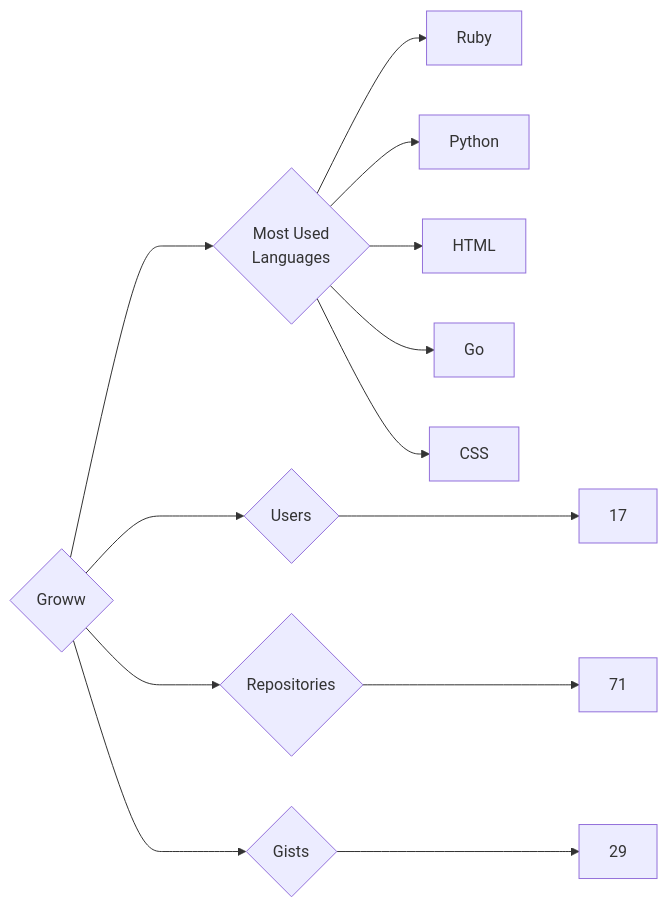
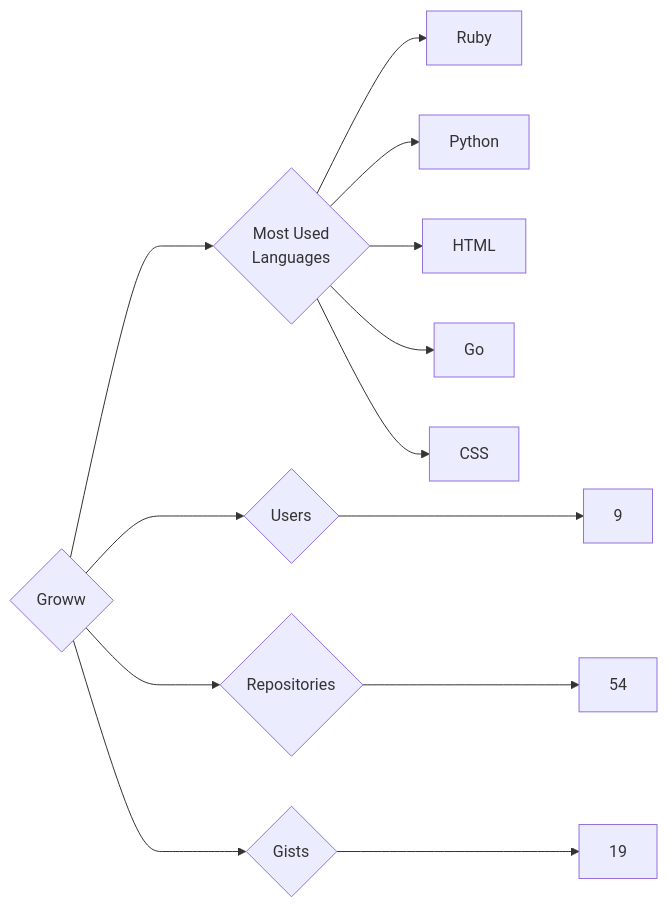
The diagram in targets/Groww/README.md (trickest/insiders), drawn with Mermaid before and after one commit. The commit also changed 998 other files, not shown here.

````diff
--- a/targets/Groww/README.md
+++ b/targets/Groww/README.md
@@ -3,13 +3,13 @@
 ```mermaid
 graph LR
 COMPANY_NAME{Groww}
-COMPANY_NAME ---> U{Users} ---> UN[17]
-COMPANY_NAME ---> R{Repositories} ---> RN[71]
-COMPANY_NAME ---> G{Gists} ---> GN[29]
+COMPANY_NAME ---> U{Users} ---> UN[9]
+COMPANY_NAME ---> R{Repositories} ---> RN[54]
+COMPANY_NAME ---> G{Gists} ---> GN[19]
 COMPANY_NAME ---> ML{Most Used<br>Languages}
 ML --> Ruby[Ruby]
 ML --> Python[Python]
 ML --> HTML[HTML]
 ML --> Go[Go]
 ML --> CSS[CSS]
 ```
````
